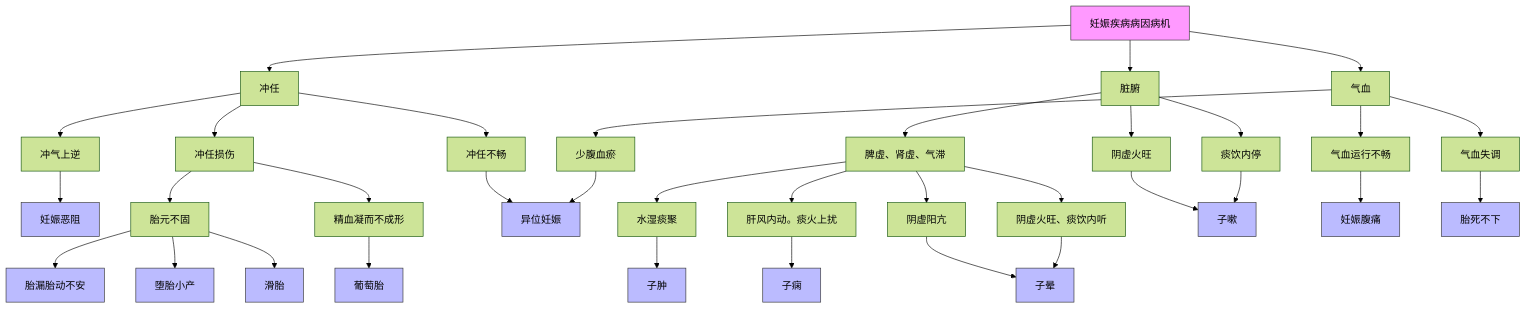
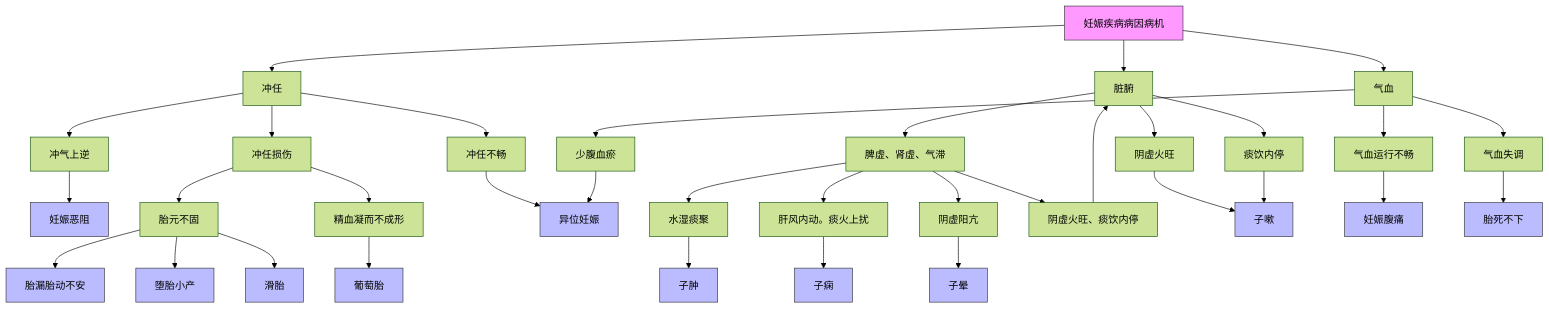
The diagram in all/未命名.md (lili23755/iodraw-files), drawn with Mermaid (forest theme) before and after one commit.

Commit message:
2025-04-04 11:06:09 update

````diff
--- a/all/未命名.md
+++ b/all/未命名.md
@@ -1,37 +1,37 @@
 ```mermaid
 flowchart TD
     A[妊娠疾病病因病机] --> B[冲任]
     A --> C[脏腑]
     A --> D[气血]
     
     B --> B1[冲气上逆] --> 妊娠恶阻
     B --> B2[冲任损伤] --> B2a[胎元不固] -->胎漏胎动不安 & 堕胎小产 & 滑胎
     B2[冲任损伤] --> B2b[精血凝而不成形] -->葡萄胎 
     B --> B3[冲任不畅] --> 异位妊娠
     
     C --> C1[脾虚、肾虚、气滞] --> C1a[水湿痰聚] --> 子肿
     C1 --> C1b[肝风内动。痰火上扰] --> 子痫
     C1 --> C1c[阴虚阳亢] --> 子晕
-    C1 --> C1d[阴虚火旺、痰饮内听] --> 子晕
+    C1 --> C1d[阴虚火旺、痰饮内停] --> 
     C --> C4[阴虚火旺] --> 子嗽
     C --> C5[痰饮内停] --> 子嗽
     
     D --> D1[气血运行不畅] --> 妊娠腹痛
     D --> D2[气血失调] --> 胎死不下
     D --> D3[少腹血瘀] --> 异位妊娠
 
     style A fill:#f9f,stroke:#333
     style 妊娠恶阻 fill:#bbf,stroke:#333
     style 堕胎小产 fill:#bbf,stroke:#333
     style 滑胎 fill:#bbf,stroke:#333
     style 异位妊娠 fill:#bbf,stroke:#333
     style 子肿 fill:#bbf,stroke:#333
     style 子痫 fill:#bbf,stroke:#333
     style 胎漏胎动不安 fill:#bbf,stroke:#333
     style 胎死不下 fill:#bbf,stroke:#333
     style 妊娠腹痛 fill:#bbf,stroke:#333
     style 葡萄胎 fill:#bbf,stroke:#333
     style 子晕 fill:#bbf,stroke:#333
     style 子嗽 fill:#bbf,stroke:#333
 	  
 ```
````
